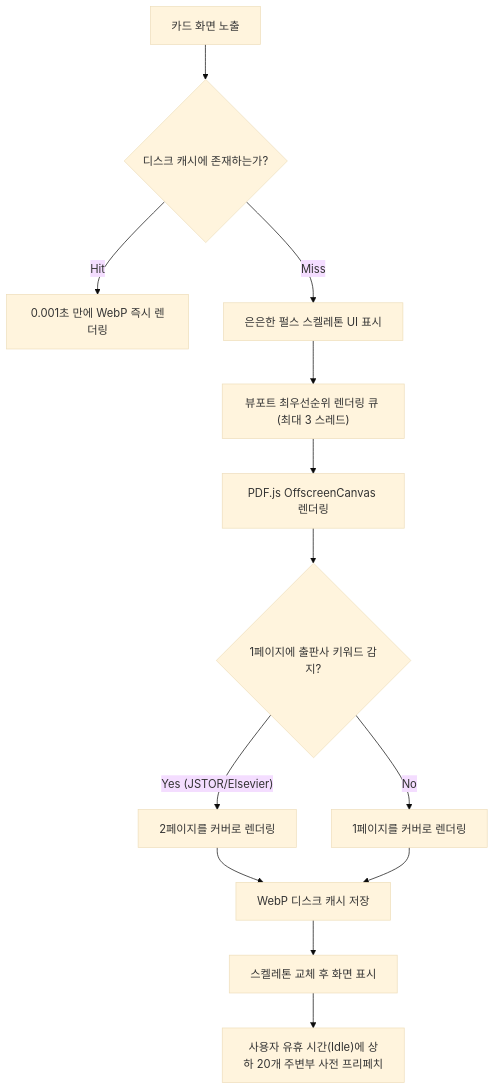
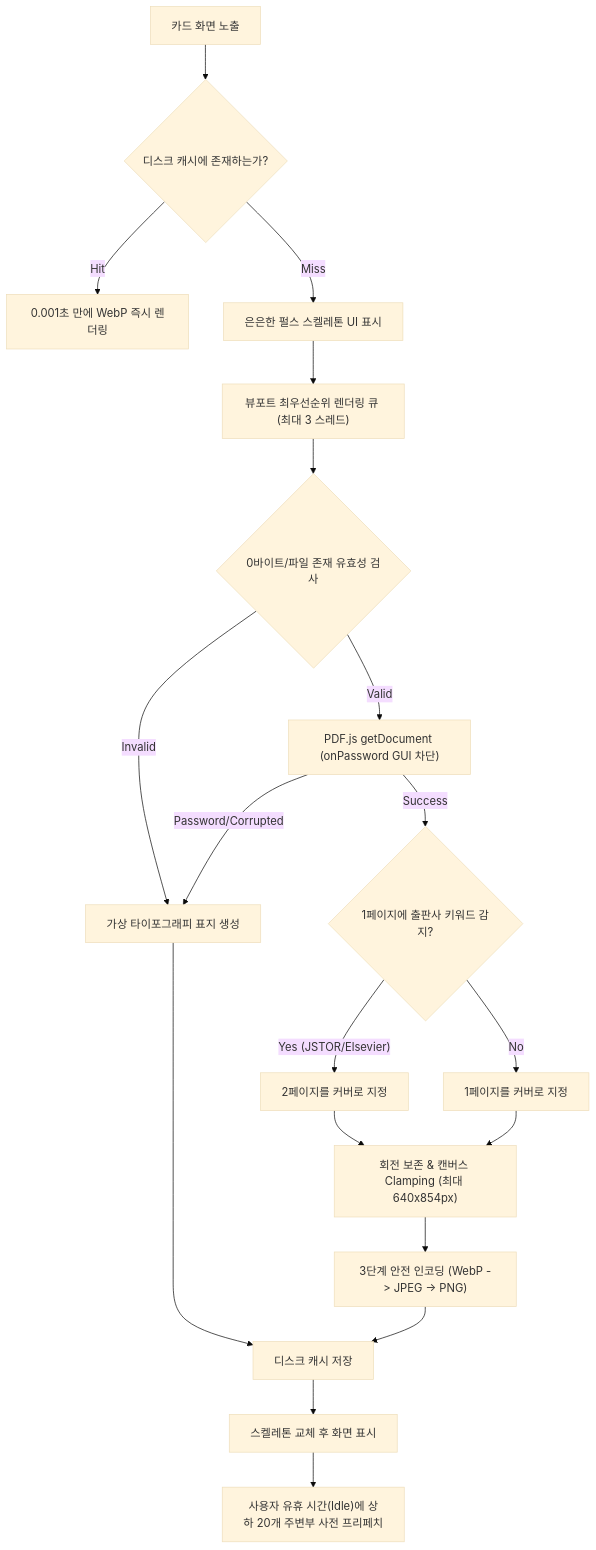
Before and after one commit to JuKang80/zotero-cover-grid: the diagram in PRD.md, drawn with Mermaid (base theme). The commit also changed other lines of this file, not shown here.

````diff
--- a/PRD.md
+++ b/PRD.md
@@ -135,20 +190,26 @@
 ```mermaid
 flowchart TD
     CardVisible["카드 화면 노출"] --> CacheCheck{"디스크 캐시에 존재하는가?"}
     
     CacheCheck -- "Hit" --> InstantLoad["0.001초 만에 WebP 즉시 렌더링"]
     CacheCheck -- "Miss" --> Skeleton["은은한 펄스 스켈레톤 UI 표시"]
     
     Skeleton --> ViewportQueue["뷰포트 최우선순위 렌더링 큐 (최대 3 스레드)"]
-    ViewportQueue --> PDFJS["PDF.js OffscreenCanvas 렌더링"]
+    ViewportQueue --> PreCheck{"0바이트/파일 존재 유효성 검사"}
+    PreCheck -- "Invalid" --> FallbackCover["가상 타이포그래피 표지 생성"]
+    PreCheck -- "Valid" --> PDFJS["PDF.js getDocument (onPassword GUI 차단)"]
     
-    PDFJS --> SplashCheck{"1페이지에 출판사 키워드 감지?"}
-    SplashCheck -- "Yes (JSTOR/Elsevier)" --> RenderP2["2페이지를 커버로 렌더링"]
-    SplashCheck -- "No" --> RenderP1["1페이지를 커버로 렌더링"]
+    PDFJS -- "Password/Corrupted" --> FallbackCover
+    PDFJS -- "Success" --> SplashCheck{"1페이지에 출판사 키워드 감지?"}
+    SplashCheck -- "Yes (JSTOR/Elsevier)" --> RenderP2["2페이지를 커버로 지정"]
+    SplashCheck -- "No" --> RenderP1["1페이지를 커버로 지정"]
     
-    RenderP2 --> SaveWebP["WebP 디스크 캐시 저장"]
-    RenderP1 --> SaveWebP
-    SaveWebP --> Display["스켈레톤 교체 후 화면 표시"]
+    RenderP2 --> DimensionClamp["회전 보존 & 캔버스 Clamping (최대 640x854px)"]
+    RenderP1 --> DimensionClamp
+    DimensionClamp --> SafeEncode["3단계 안전 인코딩 (WebP -> JPEG -> PNG)"]
+    SafeEncode --> SaveDisk["디스크 캐시 저장"]
+    FallbackCover --> SaveDisk
+    SaveDisk --> Display["스켈레톤 교체 후 화면 표시"]
     
     Display --> IdlePrefetch["사용자 유휴 시간(Idle)에 상하 20개 주변부 사전 프리페치"]
 ```
````
